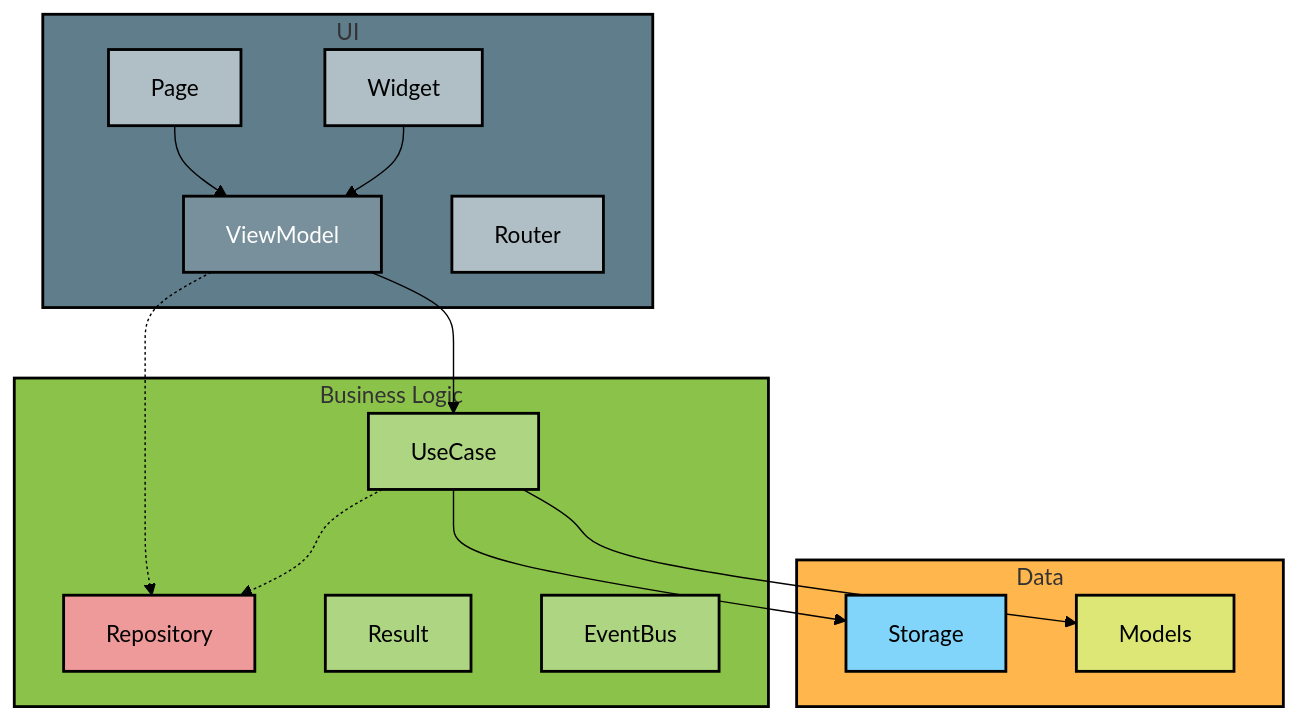
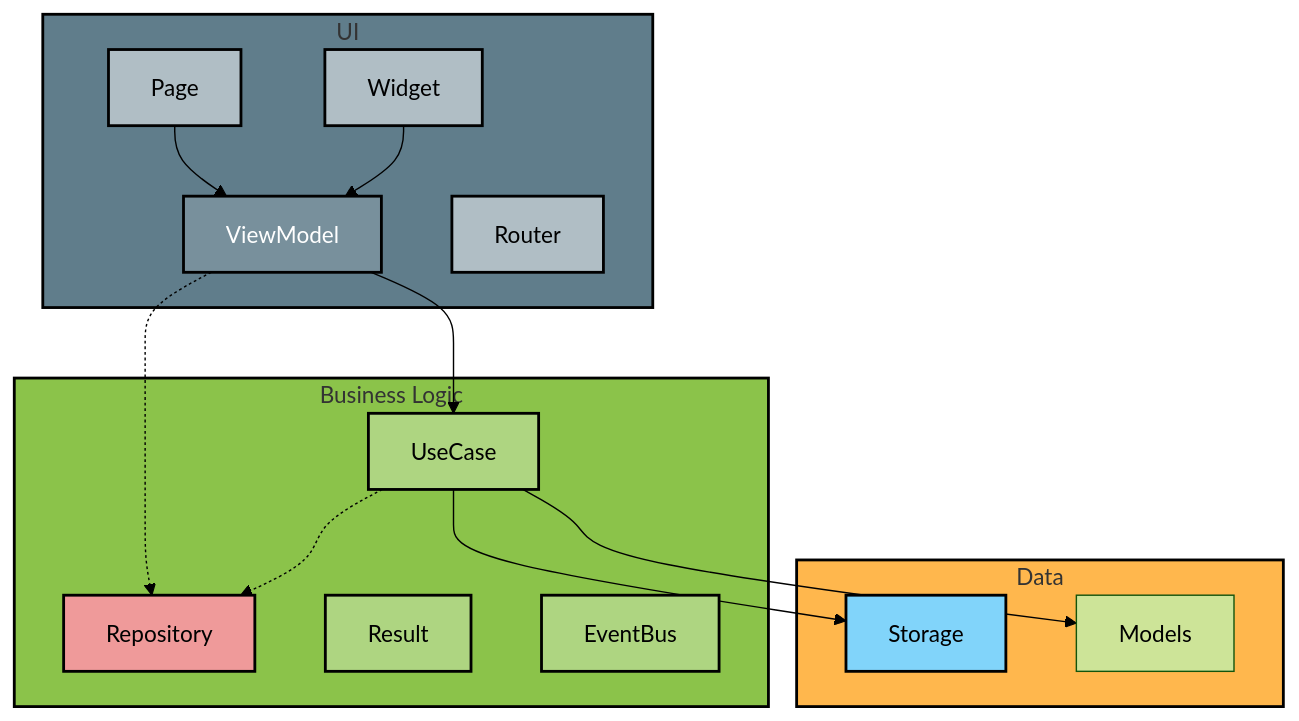
Before and after one commit to danielgomezrico/Movies-App-Showcase: the diagram in README.md, drawn with Mermaid (forest theme). The commit also changed other lines of this file and 4 other files, not shown here.

````diff
--- a/README.md
+++ b/README.md
@@ -70,43 +71,43 @@
 ```mermaid
 flowchart TD
     %% Define subgraph colors
     subgraph UI [UI]
         style UI fill:#607d8b,stroke:#000,stroke-width:2px
         Page[Page]:::pageStyle
         Widget[Widget]:::widgetStyle
         ViewModel[ViewModel]:::viewModelStyle
         Router[Router]:::widgetStyle
     end
 
     subgraph BusinessLogic [Business Logic]
         style BusinessLogic fill:#8bc34a,stroke:#000,stroke-width:2px
         Repository[Repository]:::repositoryStyle
         UseCase[UseCase]:::useCaseStyle
         Result[Result]:::useCaseStyle
         EventBus[EventBus]:::useCaseStyle
     end
 
     subgraph Data [Data]
         style Data fill:#ffb74d,stroke:#000,stroke-width:2px
         Storage[Storage]:::storageStyle
-        Models[Models]:::modelsStyle
+        Models[Models]:::modelsStylex 
     end
 
     %% Define node styles
     classDef pageStyle fill:#b0bec5,stroke:#000,stroke-width:2px;
     classDef widgetStyle fill:#b0bec5,stroke:#000,stroke-width:2px;
     classDef viewModelStyle fill:#78909c,stroke:#000,stroke-width:2px,color:#fff;
     classDef useCaseStyle fill:#aed581,stroke:#000,stroke-width:2px;
     classDef storageStyle fill:#81d4fa,stroke:#000,stroke-width:2px;
     classDef modelsStyle fill:#dce775,stroke:#000,stroke-width:2px;
     classDef repositoryStyle fill:#ef9a9a,stroke:#000,stroke-width:2px;
 
     %% Define connections
     Page --> ViewModel
     Widget --> ViewModel
     ViewModel --> UseCase
     ViewModel -.-> Repository
     UseCase --> Storage
     UseCase --> Models
     UseCase -.-> Repository
 ```
````
